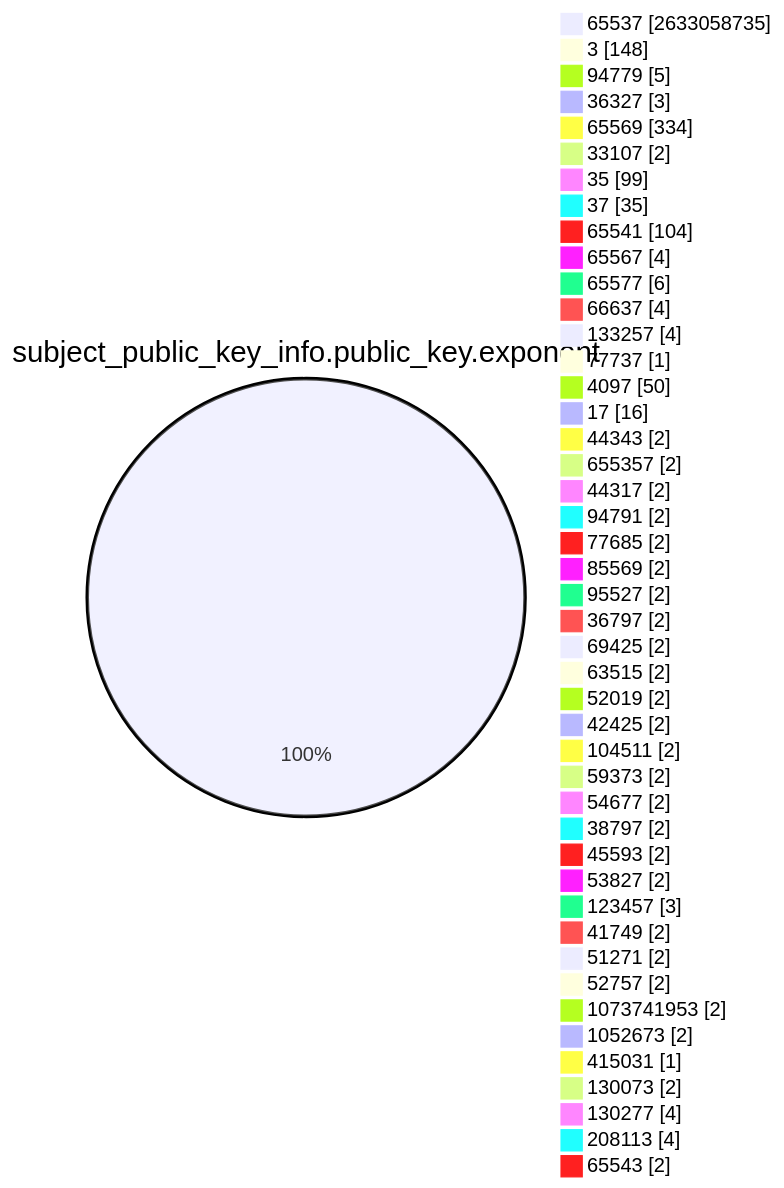
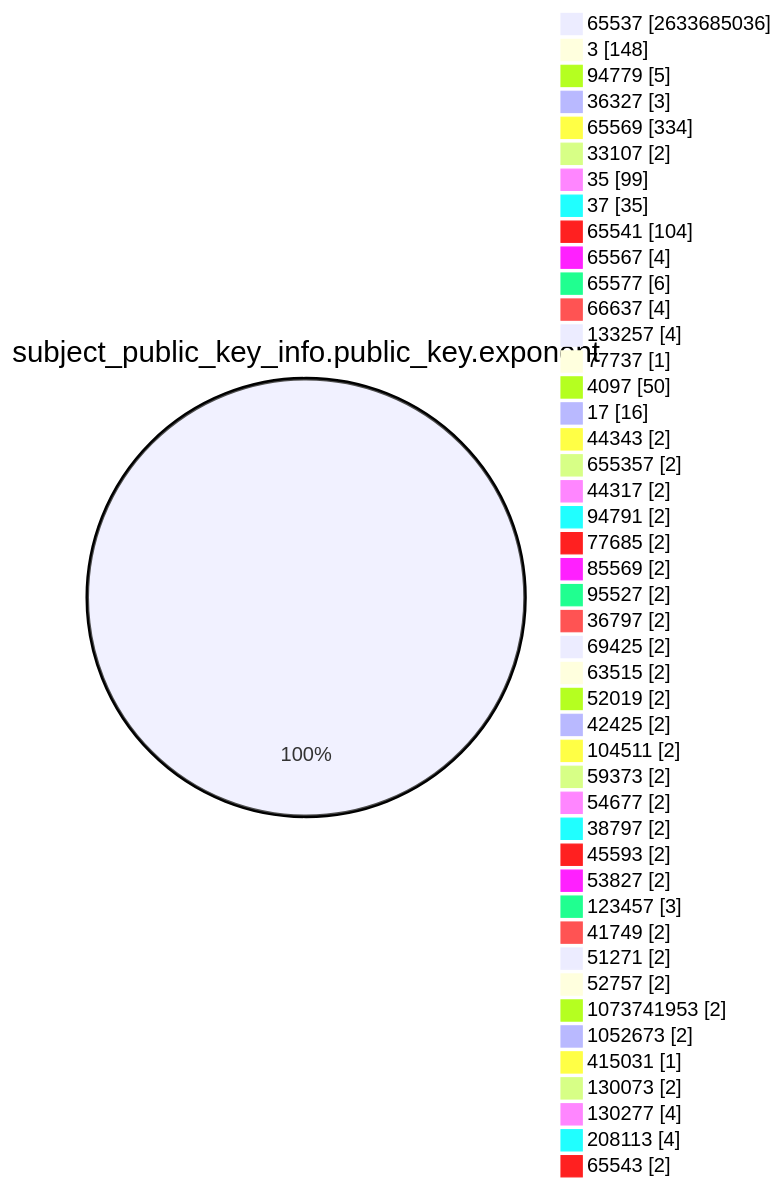
Before and after one commit to christiankrug/ctmonitor_visualization: the fourth of 15 diagrams in TOTAL/README.md, drawn with Mermaid. The commit also changed other lines of this file, not shown here.

````diff
--- a/TOTAL/README.md
+++ b/TOTAL/README.md
@@ -1467,49 +1467,49 @@
 ```mermaid
 pie showData
 title subject_public_key_info.public_key.exponent
-"65537" :2633058735
+"65537" :2633685036
 "3" :148
 "94779" :5
 "36327" :3
 "65569" :334
 "33107" :2
 "35" :99
 "37" :35
 "65541" :104
 "65567" :4
 "65577" :6
 "66637" :4
 "133257" :4
 "77737" :1
 "4097" :50
 "17" :16
 "44343" :2
 "655357" :2
 "44317" :2
 "94791" :2
 "77685" :2
 "85569" :2
 "95527" :2
 "36797" :2
 "69425" :2
 "63515" :2
 "52019" :2
 "42425" :2
 "104511" :2
 "59373" :2
 "54677" :2
 "38797" :2
 "45593" :2
 "53827" :2
 "123457" :3
 "41749" :2
 "51271" :2
 "52757" :2
 "1073741953" :2
 "1052673" :2
 "415031" :1
 "130073" :2
 "130277" :4
 "208113" :4
 "65543" :2
 ```
````
